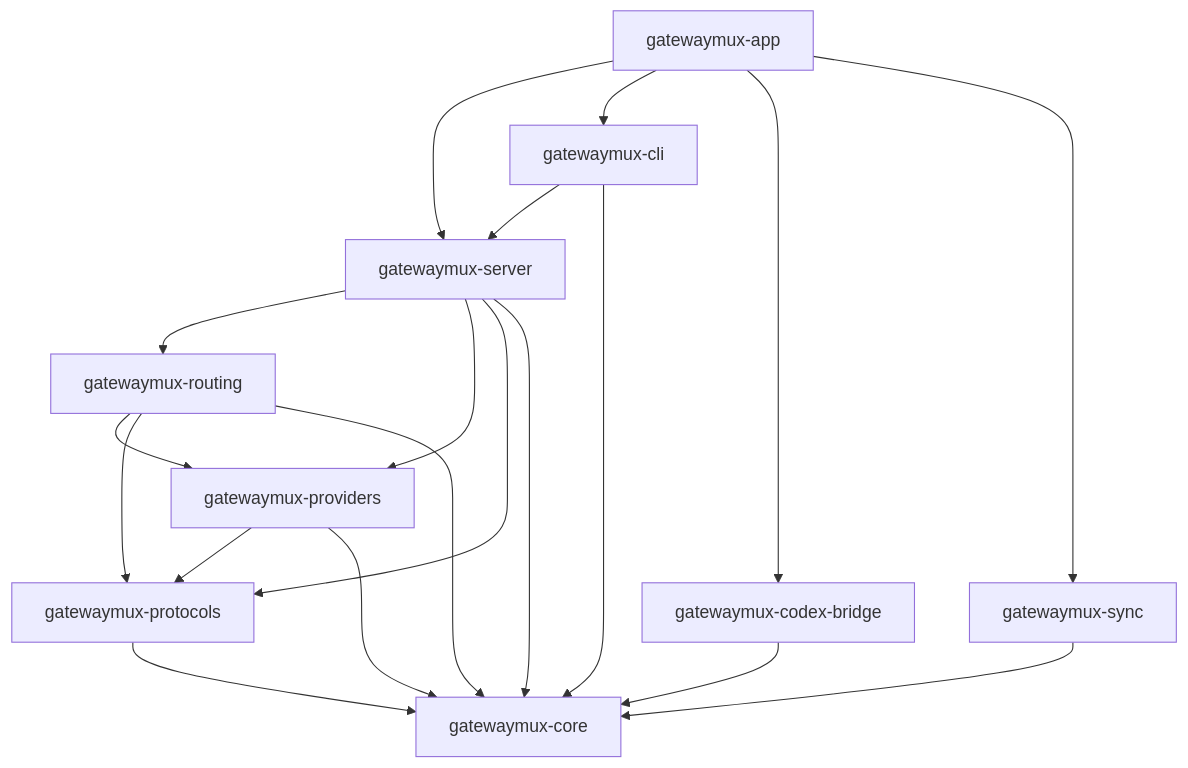
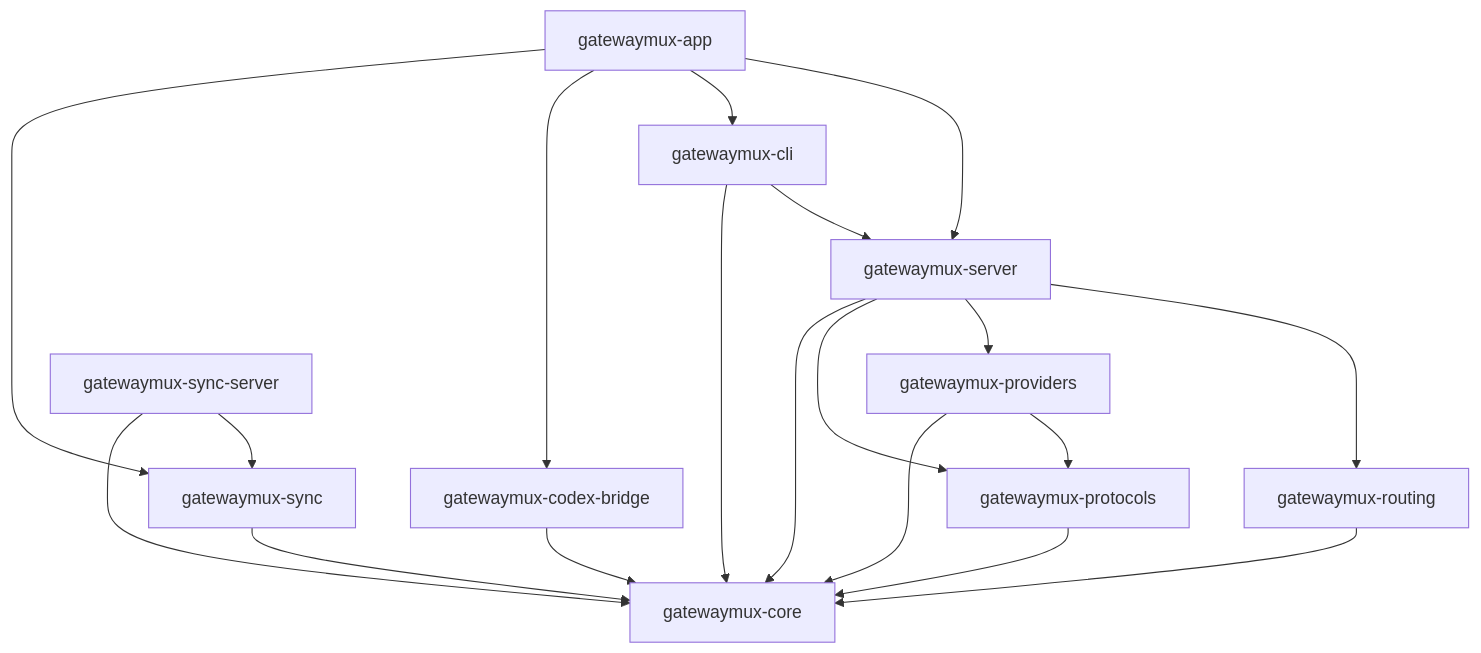
One commit to ArchdukeViel/gatewaymux changed diagram 38 of 38 in docs/GatewayMux_PRD_v1.0.0.md. Above: the diagram before and after it, drawn with Mermaid. The commit also changed other lines of this file and 36 other files, not shown here.

````diff
--- a/docs/GatewayMux_PRD_v1.0.0.md
+++ b/docs/GatewayMux_PRD_v1.0.0.md
@@ -5440,27 +5444,28 @@
 ```mermaid
 flowchart TD
     APP[gatewaymux-app] --> SERV[gatewaymux-server]
     APP --> CLI[gatewaymux-cli]
     APP --> BRID[gatewaymux-codex-bridge]
     APP --> SYNC[gatewaymux-sync]
 
     SERV --> ROUT[gatewaymux-routing]
     SERV --> PROV[gatewaymux-providers]
     SERV --> PROT[gatewaymux-protocols]
     SERV --> CORE[gatewaymux-core]
 
     CLI --> SERV
     CLI --> CORE
 
     BRID --> CORE
     SYNC --> CORE
 
-    ROUT --> PROV
-    ROUT --> PROT
     ROUT --> CORE
 
     PROV --> PROT
     PROV --> CORE
 
     PROT --> CORE
+
+    SYNCS[gatewaymux-sync-server] --> SYNC
+    SYNCS --> CORE
 ```
````
